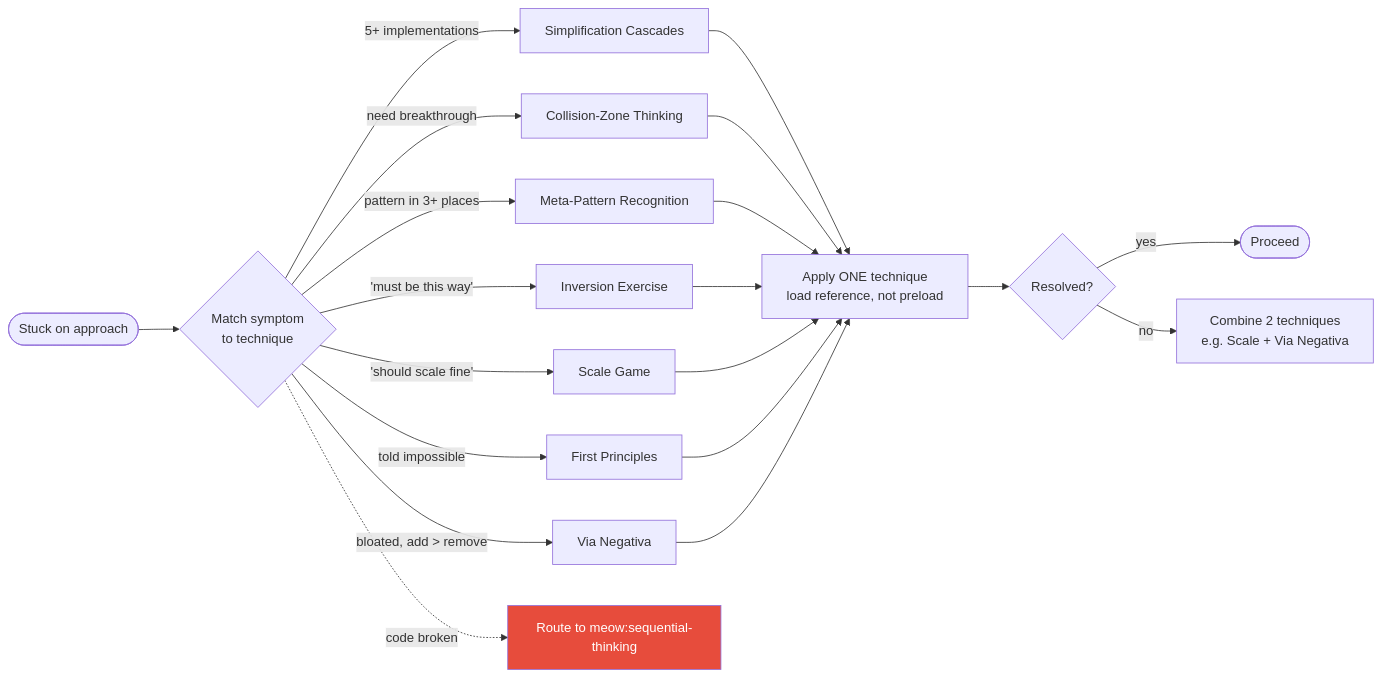
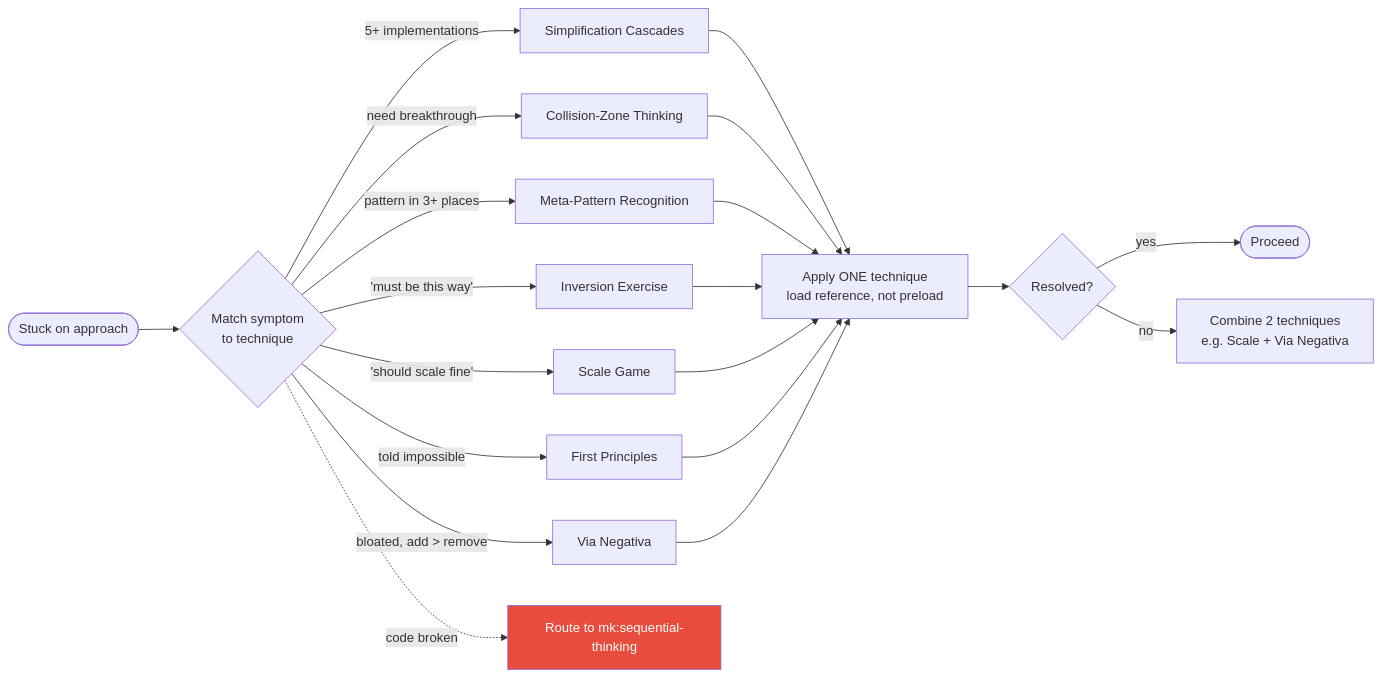
Before and after one commit to ngocsangyem/MeowKit: the sixth of 7 diagrams in website/guide/debugging-skills-decision-guide.md, drawn with Mermaid. The commit also changed other lines of this file and 1235 other files, not shown here.

````diff
--- a/website/guide/debugging-skills-decision-guide.md
+++ b/website/guide/debugging-skills-decision-guide.md
@@ -182,20 +182,20 @@
 ```mermaid
 flowchart LR
     STUCK([Stuck on approach]) --> MATCH{Match symptom<br/>to technique}
     MATCH -->|"5+ implementations"| T1[Simplification Cascades]
     MATCH -->|"need breakthrough"| T2[Collision-Zone Thinking]
     MATCH -->|"pattern in 3+ places"| T3[Meta-Pattern Recognition]
     MATCH -->|"'must be this way'"| T4[Inversion Exercise]
     MATCH -->|"'should scale fine'"| T5[Scale Game]
     MATCH -->|"told impossible"| T6[First Principles]
     MATCH -->|"bloated, add > remove"| T7[Via Negativa]
 
     T1 & T2 & T3 & T4 & T5 & T6 & T7 --> APPLY[Apply ONE technique<br/>load reference, not preload]
     APPLY --> RESOLVED{Resolved?}
     RESOLVED -->|yes| DONE([Proceed])
     RESOLVED -->|no| COMBINE[Combine 2 techniques<br/>e.g. Scale + Via Negativa]
 
-    MATCH -.->|"code broken"| REROUTE[Route to meow:sequential-thinking]
+    MATCH -.->|"code broken"| REROUTE[Route to mk:sequential-thinking]
 
     style REROUTE fill:#e74c3c,color:#fff
 ```
````
